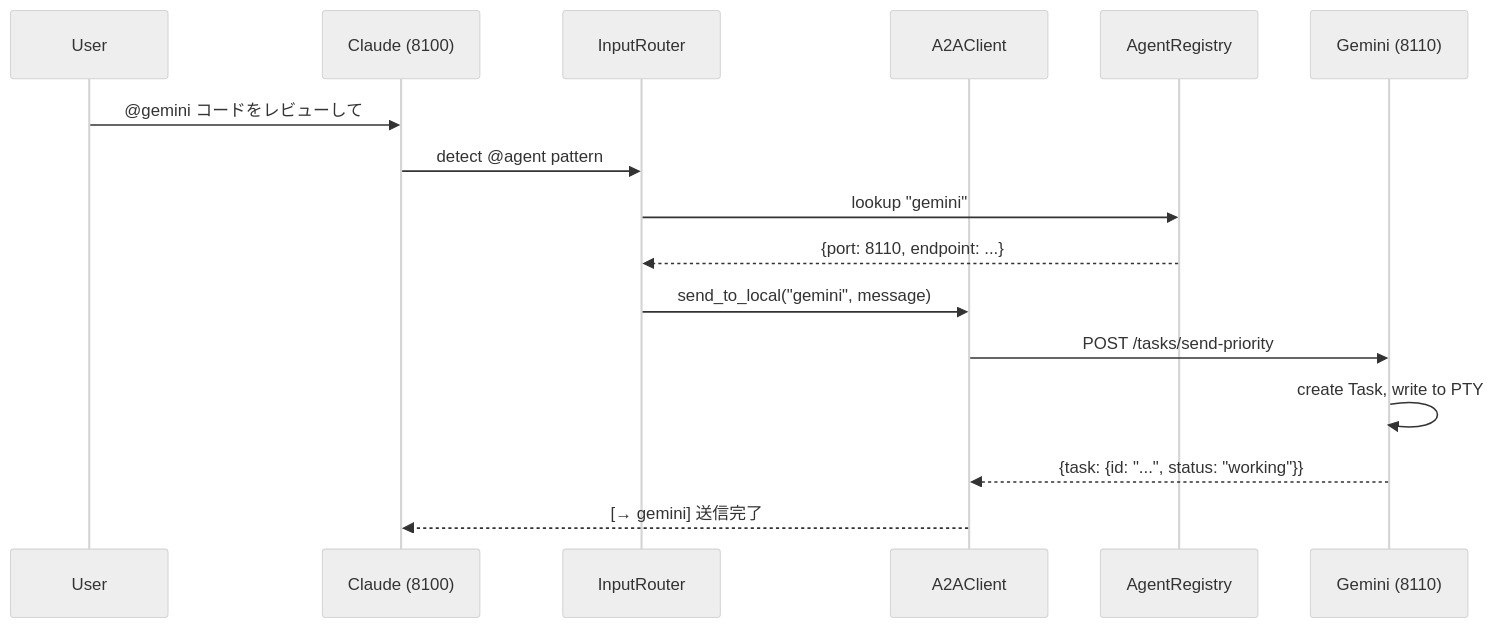
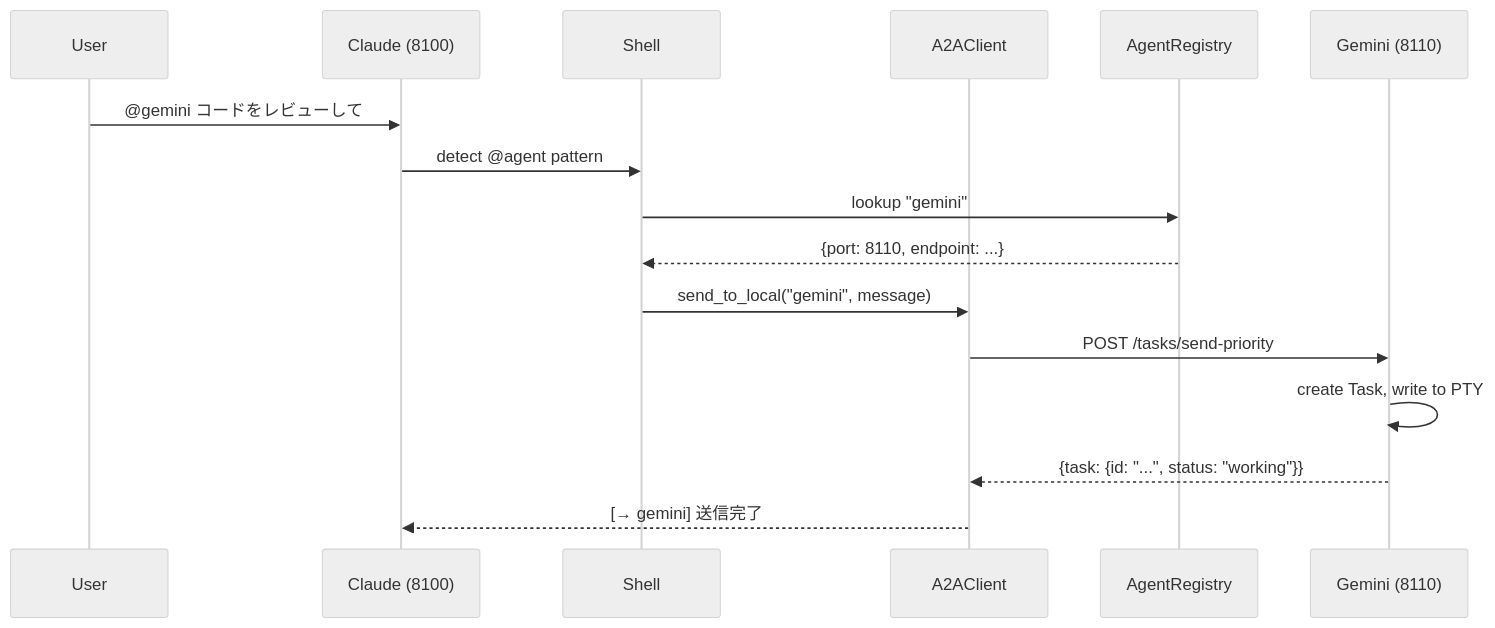
Before and after one commit to s-hiraoku/synapse-a2a: the third of 4 diagrams in guides/overview.md, drawn with Mermaid (neutral theme). The commit also changed other lines of this file and 16 other files, not shown here.

First line of the commit message:
docs: update InputRouter refs to Shell, fix stale links and badges

````diff
--- a/guides/overview.md
+++ b/guides/overview.md
@@ -179,19 +179,19 @@
 ```mermaid
 sequenceDiagram
     participant User
     participant Claude as Claude (8100)
-    participant Router as InputRouter
+    participant Router as Shell
     participant Client as A2AClient
     participant Registry as AgentRegistry
     participant Gemini as Gemini (8110)
 
     User->>Claude: @gemini コードをレビューして
     Claude->>Router: detect @agent pattern
     Router->>Registry: lookup "gemini"
     Registry-->>Router: {port: 8110, endpoint: ...}
     Router->>Client: send_to_local("gemini", message)
     Client->>Gemini: POST /tasks/send-priority
     Gemini->>Gemini: create Task, write to PTY
     Gemini-->>Client: {task: {id: "...", status: "working"}}
     Client-->>Claude: [→ gemini] 送信完了
 ```
````
